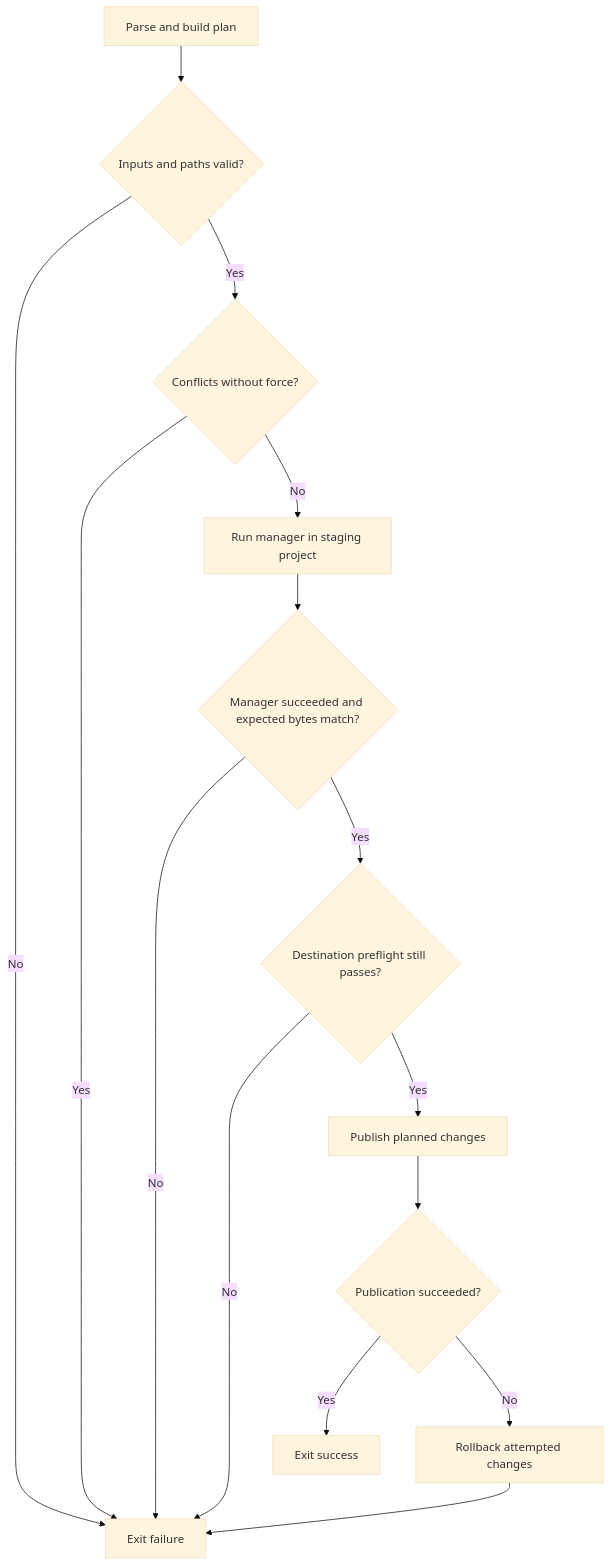
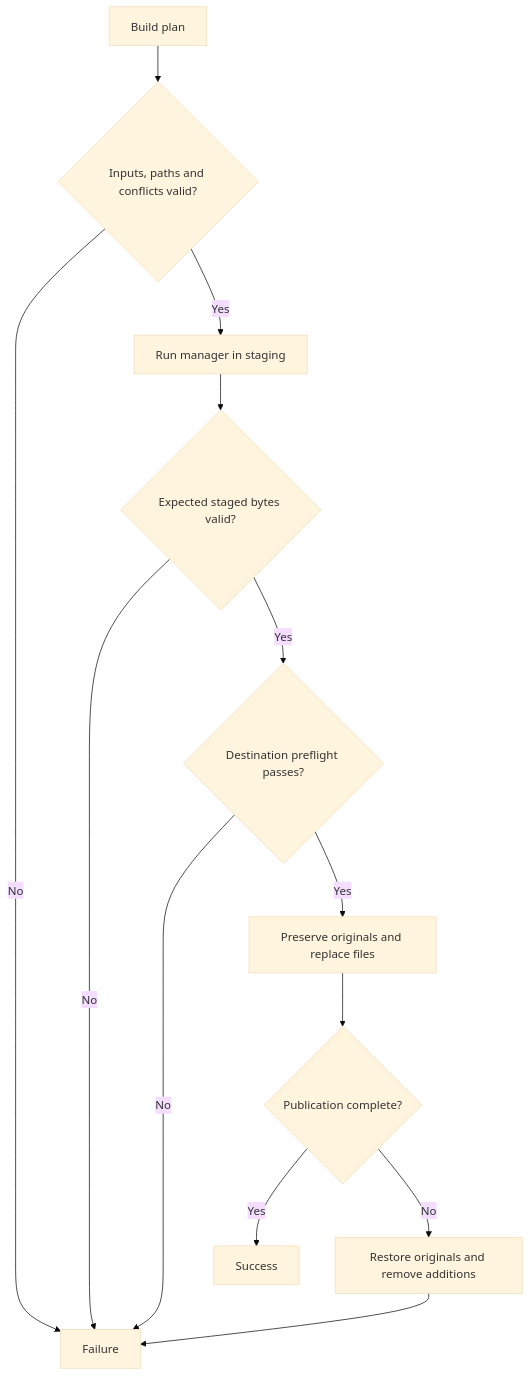
One commit to RLittlesII/agents changed the second of 3 diagrams in install/.spec/README.md. Above: the diagram before and after it, drawn with Mermaid (base theme). The commit also changed other lines of this file and 34 other files, not shown here.

````diff
--- a/install/.spec/README.md
+++ b/install/.spec/README.md
@@ -323,17 +225,15 @@
 ```mermaid
 flowchart TD
-  Start["Parse and build plan"] --> Valid{"Inputs and paths valid?"}
-  Valid -->|No| Fail["Exit failure"]
-  Valid -->|Yes| Conflicts{"Conflicts without force?"}
-  Conflicts -->|Yes| Fail
-  Conflicts -->|No| Run["Run manager in staging project"]
-  Run --> Verified{"Manager succeeded and expected bytes match?"}
-  Verified -->|No| Fail
-  Verified -->|Yes| Recheck{"Destination preflight still passes?"}
-  Recheck -->|No| Fail
-  Recheck -->|Yes| Write["Publish planned changes"]
-  Write --> Success{"Publication succeeded?"}
-  Success -->|Yes| Done["Exit success"]
-  Success -->|No| Restore["Rollback attempted changes"]
-  Restore --> Fail
+  Plan[Build plan] --> Valid{Inputs, paths and conflicts valid?}
+  Valid -->|No| Fail[Failure]
+  Valid -->|Yes| Stage[Run manager in staging]
+  Stage --> Bytes{Expected staged bytes valid?}
+  Bytes -->|No| Fail
+  Bytes -->|Yes| Preflight{Destination preflight passes?}
+  Preflight -->|No| Fail
+  Preflight -->|Yes| Publish[Preserve originals and replace files]
+  Publish --> Success{Publication complete?}
+  Success -->|Yes| Done[Success]
+  Success -->|No| Rollback[Restore originals and remove additions]
+  Rollback --> Fail
 ```
````
